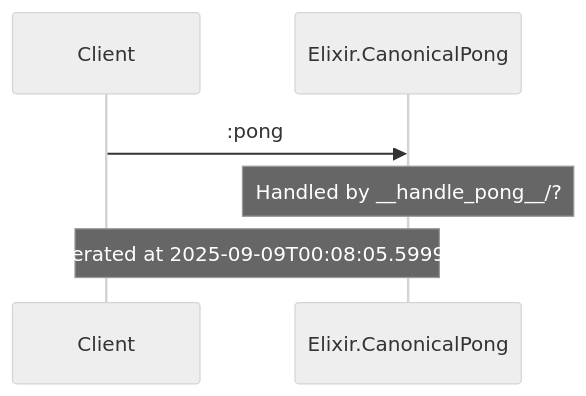
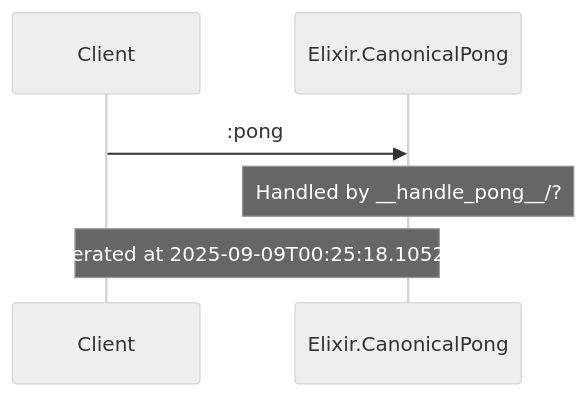
Before and after one commit to anoma/engine: the diagram in docs/diagrams/Elixir.CanonicalPong.md, drawn with Mermaid (neutral theme). The commit also changed other lines of this file and 27 other files, not shown here.

````diff
--- a/docs/diagrams/Elixir.CanonicalPong.md
+++ b/docs/diagrams/Elixir.CanonicalPong.md
@@ -5,10 +5,10 @@
 ```mermaid
 sequenceDiagram
     participant Client
     participant Elixir.Examples.CanonicalPongEngine as Elixir.CanonicalPong
     Client->>Elixir.Examples.CanonicalPongEngine: :pong
     Note over Elixir.Examples.CanonicalPongEngine: Handled by __handle_pong__/?
 
-Note over Client, Elixir.Examples.CanonicalPongEngine: Generated at 2025-09-09T00:08:05.599975Z
+Note over Client, Elixir.Examples.CanonicalPongEngine: Generated at 2025-09-09T00:25:18.105237Z
 
 ```
````
